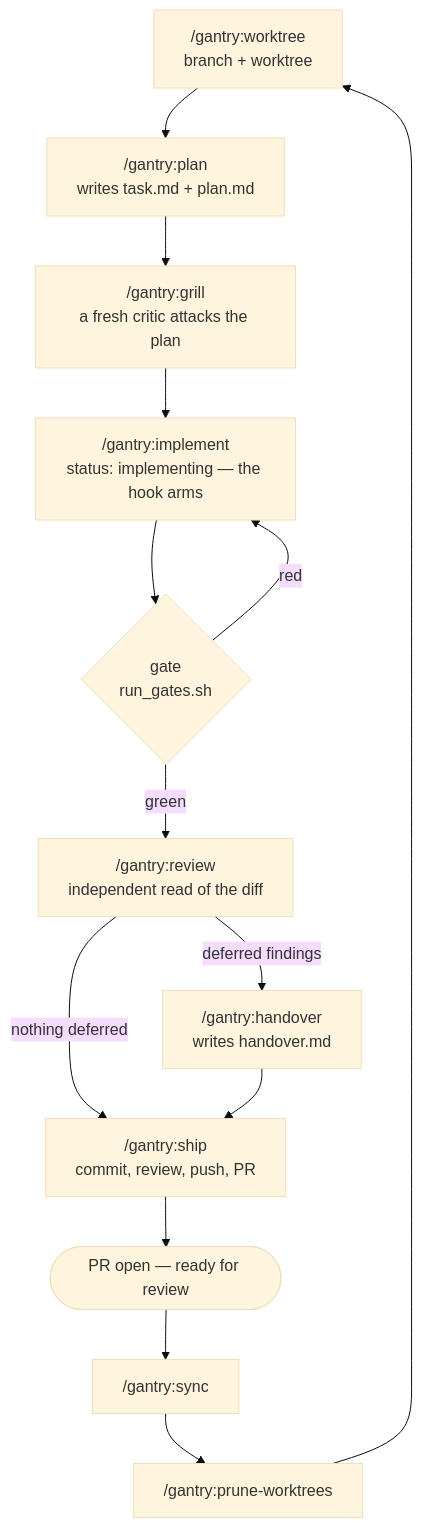
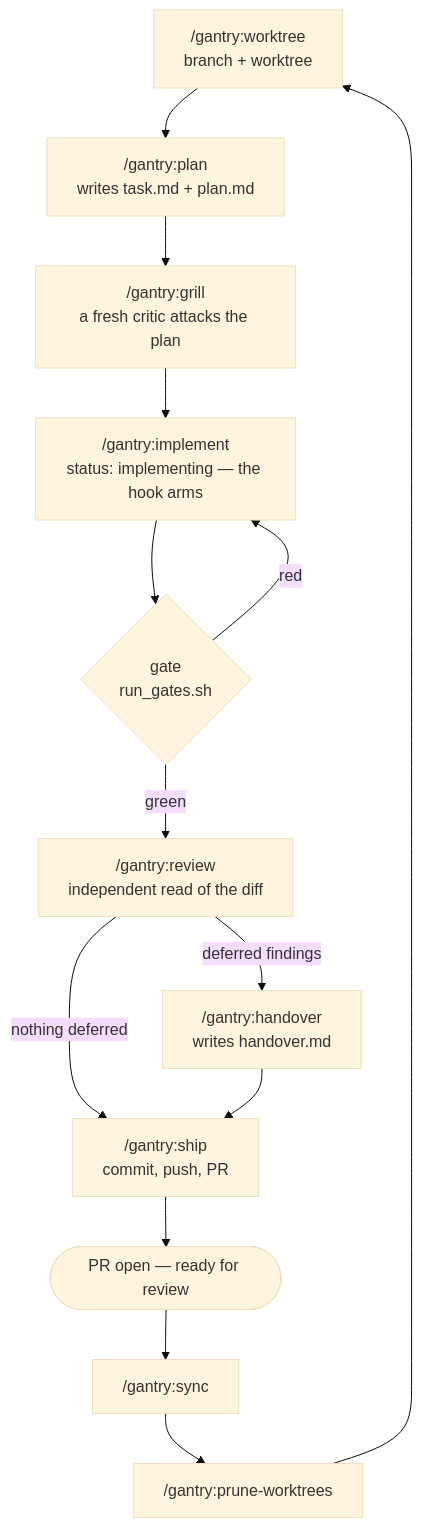
One commit to kostya-epifanov/claude-gantry changed the first of 2 diagrams in README.md. Above: the diagram before and after it, drawn with Mermaid (base theme). The commit also changed 7 other files, not shown here.

````diff
--- a/README.md
+++ b/README.md
@@ -38,16 +38,16 @@
 ```mermaid
 flowchart TD
   W["/gantry:worktree<br/>branch + worktree"] --> P["/gantry:plan<br/>writes task.md + plan.md"]
   P --> G["/gantry:grill<br/>a fresh critic attacks the plan"]
   G --> I["/gantry:implement<br/>status: implementing — the hook arms"]
   I --> GATE{"gate<br/>run_gates.sh"}
   GATE -- "red" --> I
   GATE -- "green" --> R["/gantry:review<br/>independent read of the diff"]
   R -- "deferred findings" --> H["/gantry:handover<br/>writes handover.md"]
-  R -- "nothing deferred" --> S["/gantry:ship<br/>commit, review, push, PR"]
+  R -- "nothing deferred" --> S["/gantry:ship<br/>commit, push, PR"]
   H --> S
   S --> PR(["PR open — ready for review"])
   PR --> SY["/gantry:sync"]
   SY --> PW["/gantry:prune-worktrees"]
   PW --> W
 ```
````
